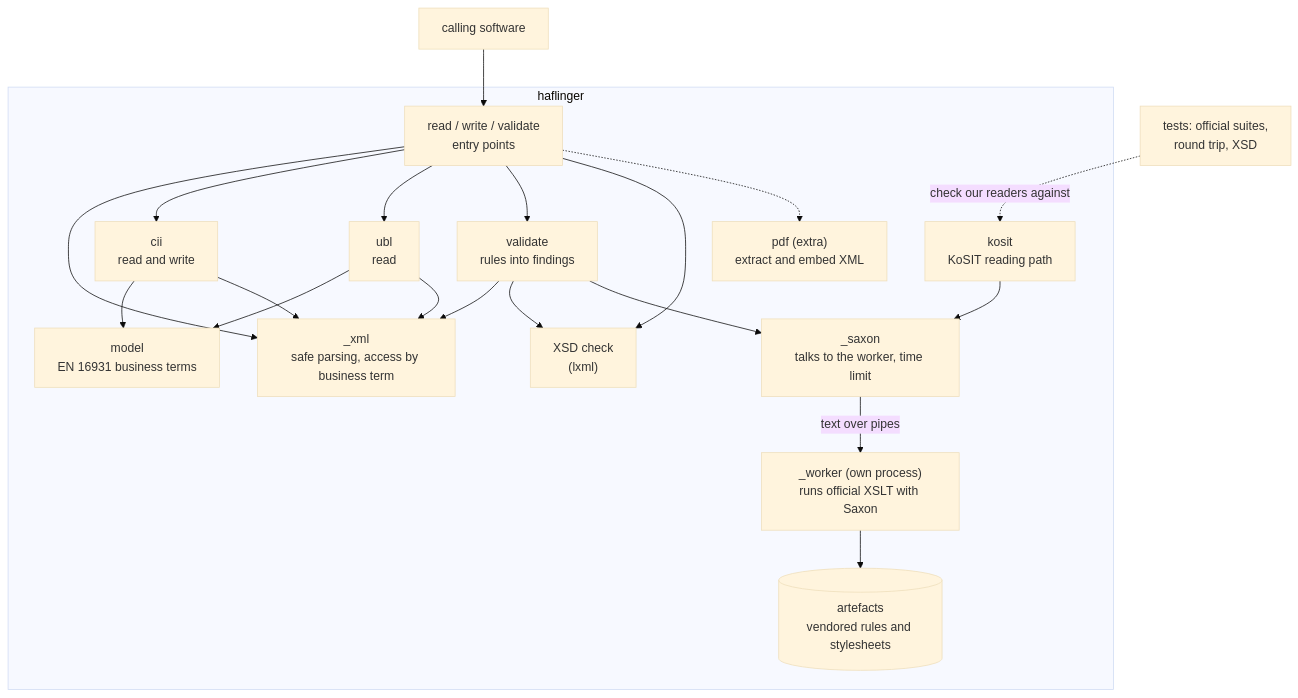
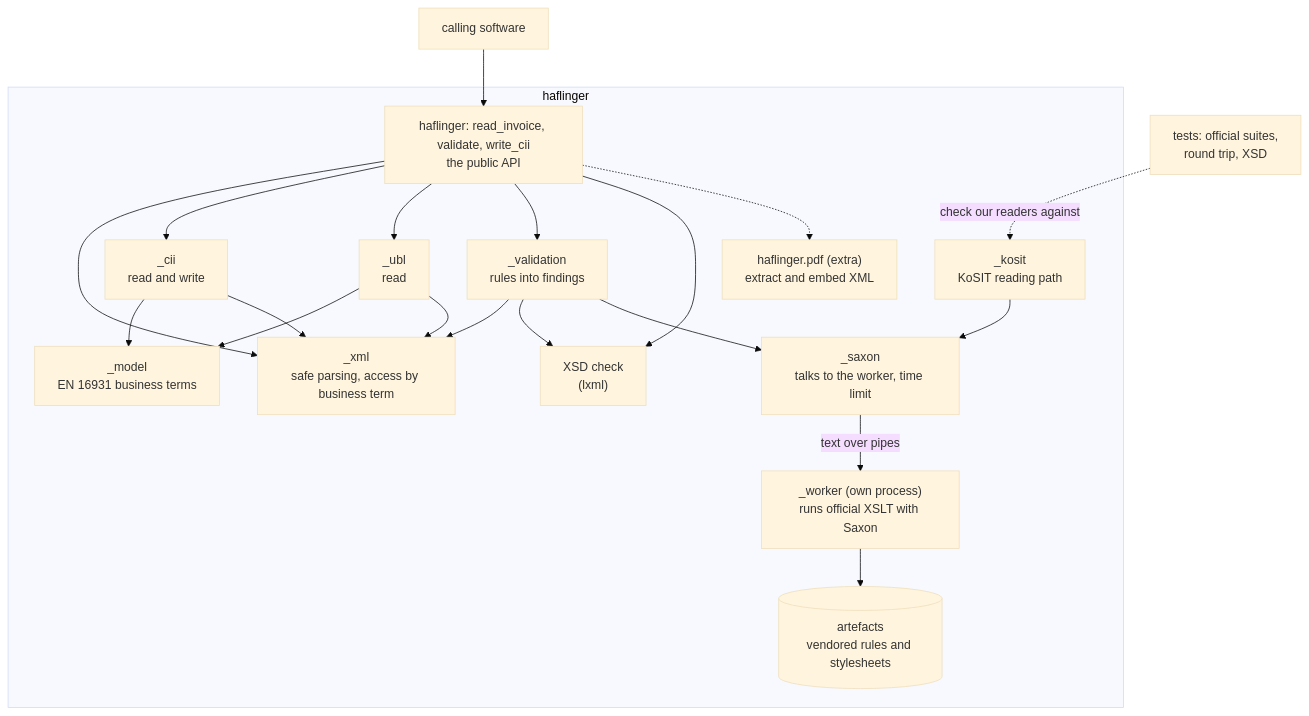
Before and after one commit to Interlusion/haflinger: the second of 5 diagrams in docs/arc42/README.md, drawn with Mermaid (base theme). The commit also changed other lines of this file and 11 other files, not shown here.

````diff
--- a/docs/arc42/README.md
+++ b/docs/arc42/README.md
@@ -95,35 +95,35 @@
 ```mermaid
 flowchart TB
     subgraph lib["haflinger"]
-        api["read / write / validate<br/>entry points"]
-        model["model<br/>EN 16931 business terms"]
+        api["haflinger: read_invoice, validate, write_cii<br/>the public API"]
+        model["_model<br/>EN 16931 business terms"]
         safe["_xml<br/>safe parsing, access by business term"]
-        cii["cii<br/>read and write"]
-        ubl["ubl<br/>read"]
-        validate["validate<br/>rules into findings"]
+        cii["_cii<br/>read and write"]
+        ubl["_ubl<br/>read"]
+        validate["_validation<br/>rules into findings"]
         xsd["XSD check<br/>(lxml)"]
-        kosit["kosit<br/>KoSIT reading path"]
+        kosit["_kosit<br/>KoSIT reading path"]
         saxon["_saxon<br/>talks to the worker, time limit"]
         worker["_worker (own process)<br/>runs official XSLT with Saxon"]
         artefacts[("artefacts<br/>vendored rules and stylesheets")]
-        pdf["pdf (extra)<br/>extract and embed XML"]
+        pdf["haflinger.pdf (extra)<br/>extract and embed XML"]
     end
     caller["calling software"]
     tests["tests: official suites,<br/>round trip, XSD"]
 
     caller --> api
     api --> safe
     api --> cii & ubl
     api --> validate
     api --> xsd
     api -.-> pdf
     validate --> safe
     validate --> xsd
     cii & ubl --> model
     cii & ubl --> safe
     validate --> saxon
     kosit --> saxon
     saxon -- "text over pipes" --> worker
     worker --> artefacts
     tests -. "check our readers against" .-> kosit
 ```
````
